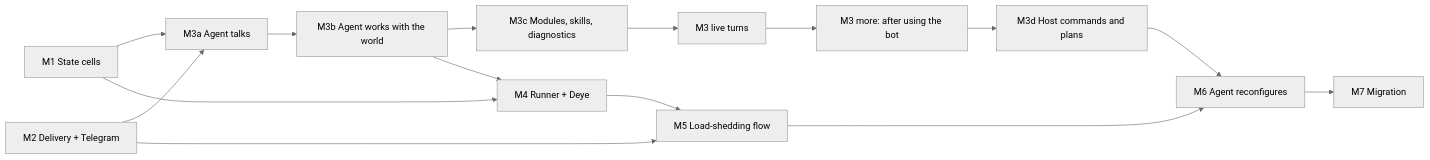
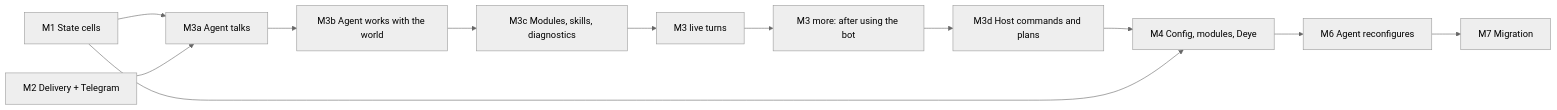
One commit to igorrius/ganglion changed the diagram in docs/plans/p1-all-in-one.md. Above: the diagram before and after it, drawn with Mermaid (neutral theme). The commit also changed other lines of this file and 12 other files, not shown here.

````diff
--- a/docs/plans/p1-all-in-one.md
+++ b/docs/plans/p1-all-in-one.md
@@ -93,17 +93,14 @@
 ```mermaid
 flowchart LR
     M1["M1 State cells"] --> M3["M3a Agent talks"]
     M2["M2 Delivery + Telegram"] --> M3
     M3 --> M3B["M3b Agent works with the world"]
     M3B --> M3C["M3c Modules, skills, diagnostics"]
     M3C --> M3L["M3 live turns"]
     M3L --> M3M["M3 more: after using the bot"]
-    M1 --> M4["M4 Runner + Deye"]
-    M3B --> M4
-    M4 --> M5["M5 Load-shedding flow"]
-    M2 --> M5
     M3M --> M3D["M3d Host commands and plans"]
-    M3D --> M6["M6 Agent reconfigures"]
-    M5 --> M6
+    M3D --> M4["M4 Config, modules, Deye"]
+    M1 --> M4
+    M4 --> M6["M6 Agent reconfigures"]
     M6 --> M7["M7 Migration"]
 ```
````
